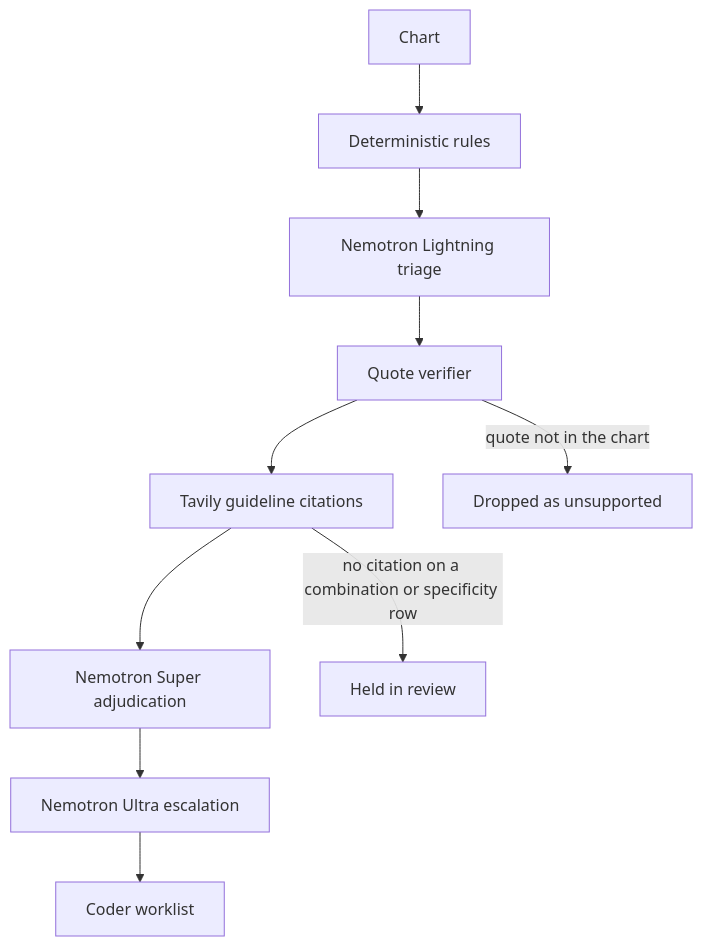
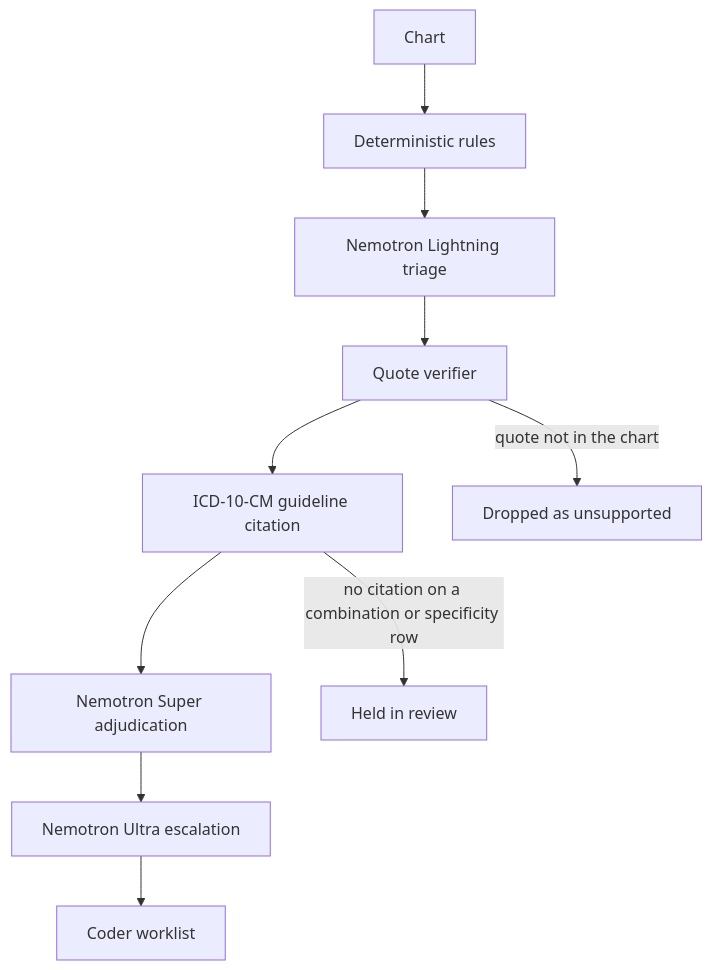
The diagram in README.md (kishanraj41/codesentinel), drawn with Mermaid before and after one commit. The commit also changed other lines of this file and 432 other files, not shown here.

````diff
--- a/README.md
+++ b/README.md
@@ -47,12 +65,12 @@
 ```mermaid
 flowchart TD
   chart[Chart] --> rules[Deterministic rules]
   rules --> light[Nemotron Lightning triage]
   light --> verify[Quote verifier]
-  verify --> guide[Tavily guideline citations]
+  verify --> guide[ICD-10-CM guideline citation]
   guide --> super[Nemotron Super adjudication]
   super --> ultra[Nemotron Ultra escalation]
   ultra --> list[Coder worklist]
   verify -->|quote not in the chart| drop[Dropped as unsupported]
   guide -->|no citation on a combination or specificity row| review[Held in review]
 ```
````
